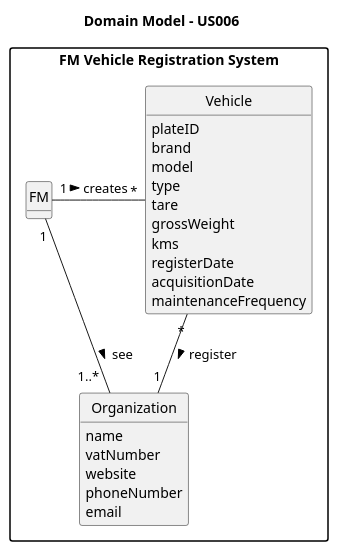
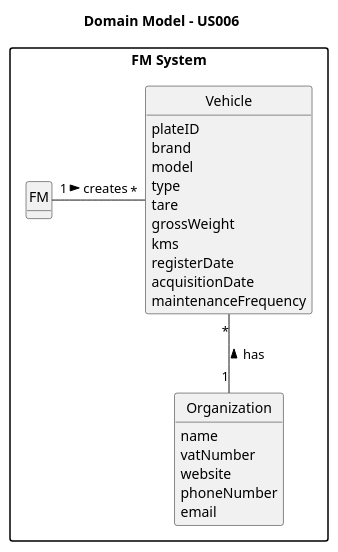
The diagram in docs/sprintA/us006/02.analysis/puml/us006-domain-model.puml (SAEmanuel/Green_Spaces_Management_ISEP), drawn with PlantUML before and after one commit.

Commit message:
US006 - Domain Model v4.

```diff
--- a/docs/sprintA/us006/02.analysis/puml/us006-domain-model.puml
+++ b/docs/sprintA/us006/02.analysis/puml/us006-domain-model.puml
@@ -1,44 +1,43 @@
 @startuml
 skinparam monochrome true
 skinparam packageStyle rectangle
 skinparam shadowing false
 
 skinparam classAttributeIconSize 0
 
 hide circles
 hide methods
 
 title Domain Model - US006
 
-package "FM Vehicle Registration System" {
+package "FM System" {
 
     class FM {
     }
 
     class Vehicle {
          plateID
          brand
          model
          type
          tare
          grossWeight
          kms
          registerDate
          acquisitionDate
          maintenanceFrequency
     }
 
     class Organization {
             name
             vatNumber
             website
             phoneNumber
             email
         }
 
 
     FM "1" - "*" Vehicle : creates >
-    FM "1" - "1..*  " Organization: see >
-    Vehicle "*" -- "1" Organization : register >
+    Vehicle "*" -- "1" Organization : has <
 }
 @enduml
```
